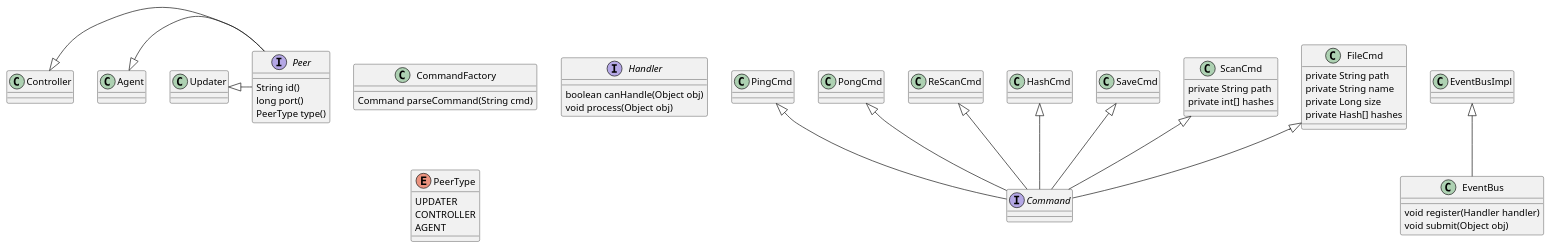
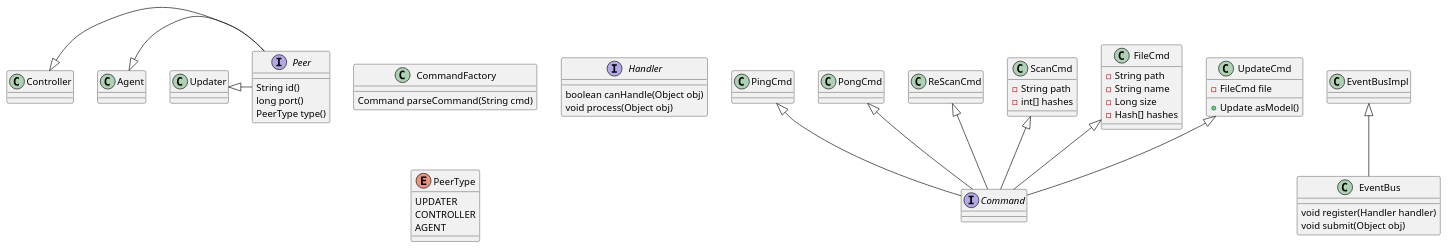
One commit to minininja/scanner changed the diagram in uml/classes.puml. Above: the diagram before and after it, drawn with PlantUML. The commit also changed 1 other file, not shown here.

Commit message:
Not much time today, only uml updates

```diff
--- a/uml/classes.puml
+++ b/uml/classes.puml
@@ -1,52 +1,56 @@
 @startuml
 
 interface Peer {
     String id()
     long port()
     PeerType type()
 }
 
 Controller <|- Peer
 Agent <|- Peer
 Updater <|- Peer
 
 interface Command
 
 PingCmd <|-- Command
 PongCmd <|-- Command
 ReScanCmd <|-- Command
-HashCmd <|-- Command
-SaveCmd <|-- Command
 
 ScanCmd <|-- Command
 class ScanCmd {
-    private String path
-    private int[] hashes
+    - String path
+    - int[] hashes
 }
 FileCmd <|-- Command
 class FileCmd {
-    private String path
-    private String name
-    private Long size
-    private Hash[] hashes
+    - String path
+    - String name
+    - Long size
+    - Hash[] hashes
+}
+
+UpdateCmd <|-- Command
+class UpdateCmd {
+    - FileCmd file
+    + Update asModel()
 }
 
 class CommandFactory {
     Command parseCommand(String cmd)
 }
 
 EventBus : void register(Handler handler)
 EventBus : void submit(Object obj)
 EventBusImpl <|-- EventBus
 
 interface Handler
 Handler : boolean canHandle(Object obj)
 Handler : void process(Object obj)
 
 enum PeerType {
 UPDATER
 CONTROLLER
 AGENT
 }
 
 @enduml
```
